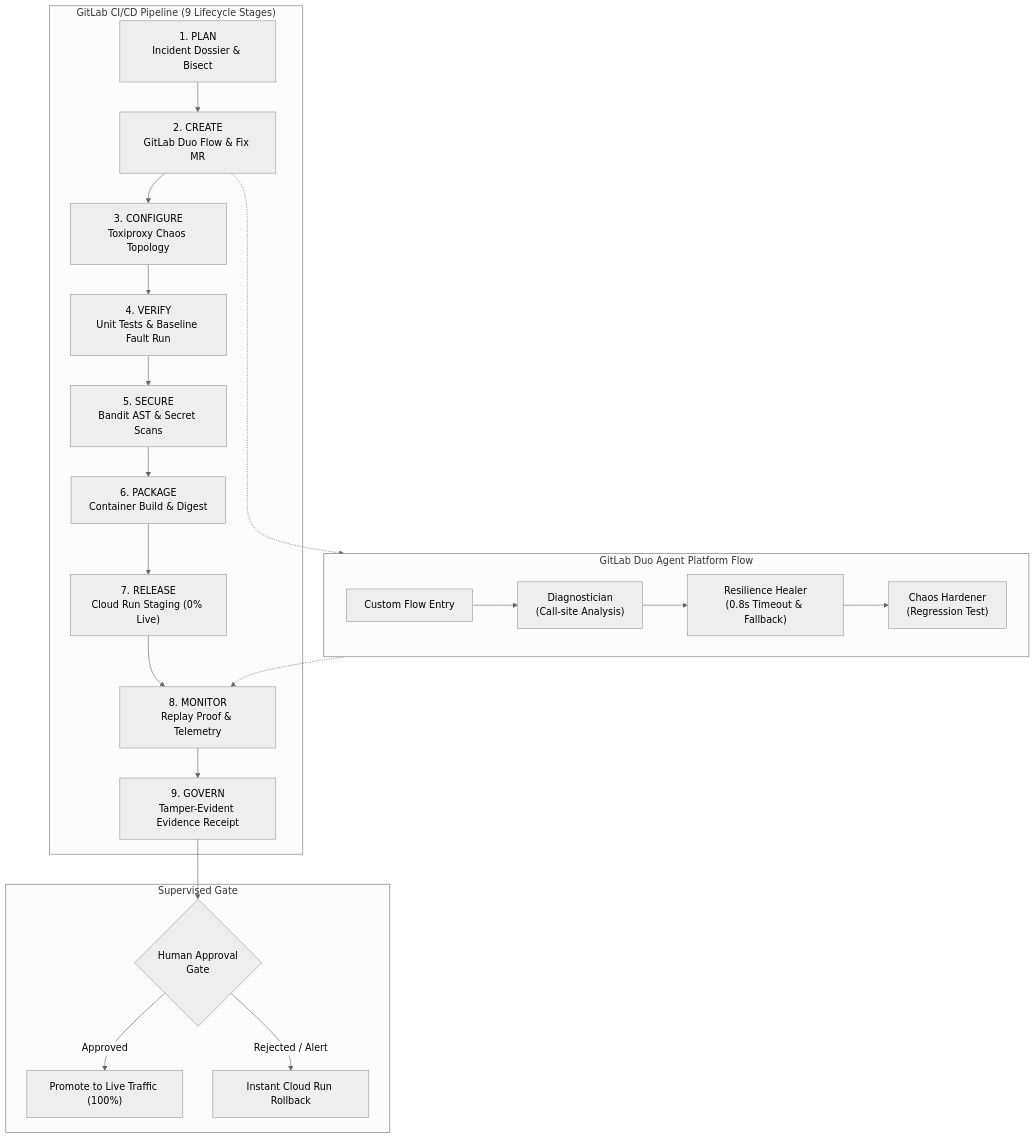
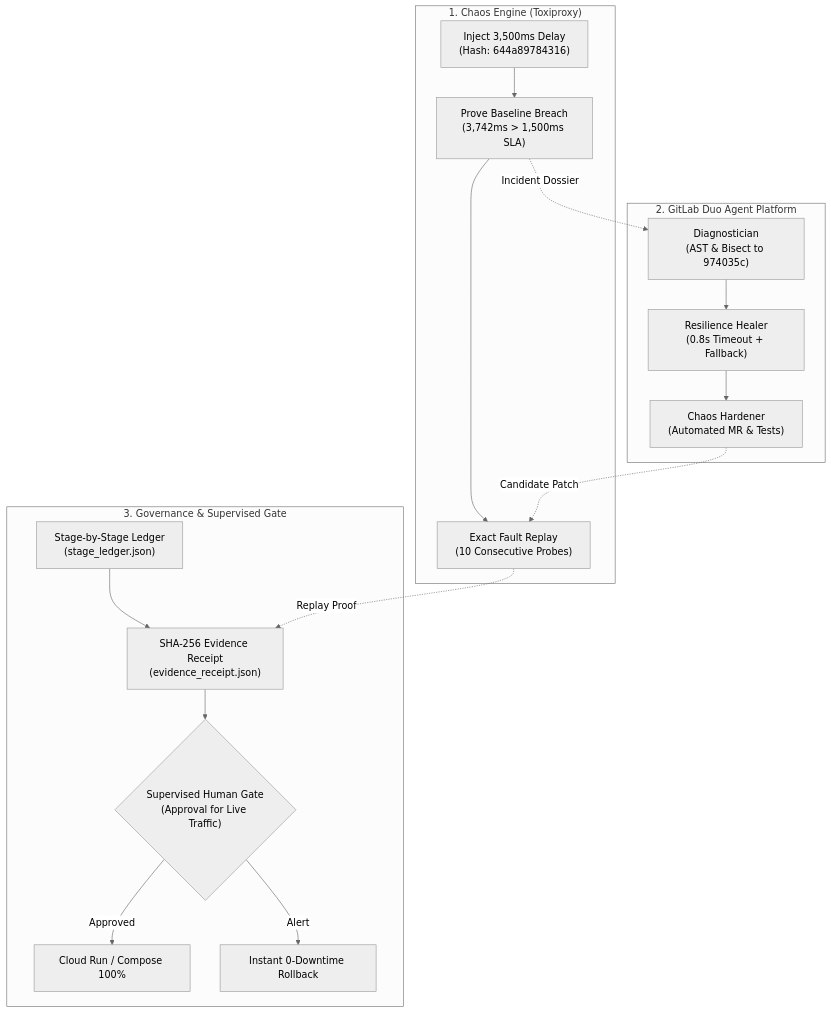
Before and after one commit to rajpriyanid-creator/faultforge: the diagram in README.md, drawn with Mermaid (neutral theme). The commit also changed other lines of this file and 21 other files, not shown here.

````diff
--- a/README.md
+++ b/README.md
@@ -34,28 +34,23 @@
 ```mermaid
 flowchart TD
-    subgraph CI["GitLab CI/CD Pipeline (9 Lifecycle Stages)"]
-        S1["1. PLAN<br/>Incident Dossier & Bisect"] --> S2["2. CREATE<br/>GitLab Duo Flow & Fix MR"]
-        S2 --> S3["3. CONFIGURE<br/>Toxiproxy Chaos Topology"]
-        S3 --> S4["4. VERIFY<br/>Unit Tests & Baseline Fault Run"]
-        S4 --> S5["5. SECURE<br/>Bandit AST & Secret Scans"]
-        S5 --> S6["6. PACKAGE<br/>Container Build & Digest"]
-        S6 --> S7["7. RELEASE<br/>Cloud Run Staging (0% Live)"]
-        S7 --> S8["8. MONITOR<br/>Replay Proof & Telemetry"]
-        S8 --> S9["9. GOVERN<br/>Tamper-Evident Evidence Receipt"]
+    subgraph Swimlane1["1. Chaos Engine (Toxiproxy)"]
+        C1["Inject 3,500ms Delay<br/>(Hash: 644a89784316)"] --> C2["Prove Baseline Breach<br/>(3,742ms > 1,500ms SLA)"]
+        C2 --> C3["Exact Fault Replay<br/>(10 Consecutive Probes)"]
     end
 
-    subgraph Duo["GitLab Duo Agent Platform Flow"]
-        D1["Custom Flow Entry"] --> D2["Diagnostician<br/>(Call-site Analysis)"]
-        D2 --> D3["Resilience Healer<br/>(0.8s Timeout & Fallback)"]
-        D3 --> D4["Chaos Hardener<br/>(Regression Test)"]
+    subgraph Swimlane2["2. GitLab Duo Agent Platform"]
+        D1["Diagnostician<br/>(AST & Bisect to 974035c)"] --> D2["Resilience Healer<br/>(0.8s Timeout + Fallback)"]
+        D2 --> D3["Chaos Hardener<br/>(Automated MR & Tests)"]
     end
 
-    subgraph Governance["Supervised Gate"]
-        S9 --> G1{"Human Approval<br/>Gate"}
-        G1 -->|Approved| G2["Promote to Live Traffic (100%)"]
-        G1 -->|Rejected / Alert| G3["Instant Cloud Run Rollback"]
+    subgraph Swimlane3["3. Governance & Supervised Gate"]
+        G1["Stage-by-Stage Ledger<br/>(stage_ledger.json)"] --> G2["SHA-256 Evidence Receipt<br/>(evidence_receipt.json)"]
+        G2 --> G3{"Supervised Human Gate<br/>(Approval for Live Traffic)"}
+        G3 -->|Approved| G4["Cloud Run / Compose 100%"]
+        G3 -->|Alert| G5["Instant 0-Downtime Rollback"]
     end
 
-    S2 -.-> Duo
-    Duo -.-> S8
+    C2 -.->|Incident Dossier| D1
+    D3 -.->|Candidate Patch| C3
+    C3 -.->|Replay Proof| G2
 ```
````
